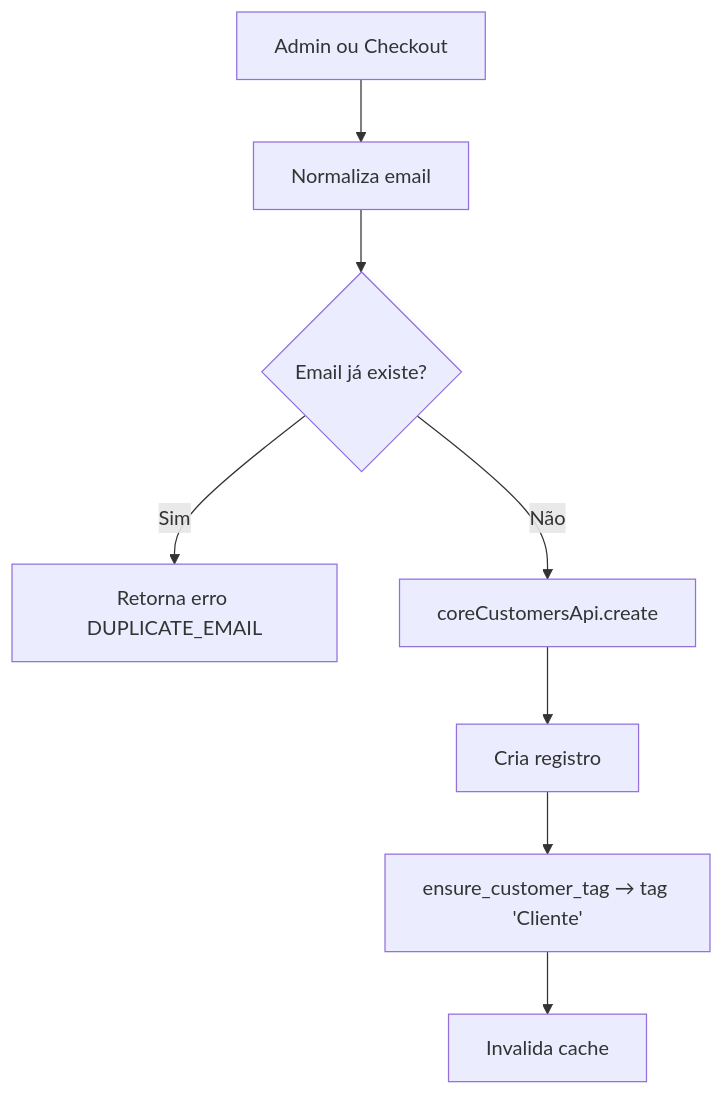
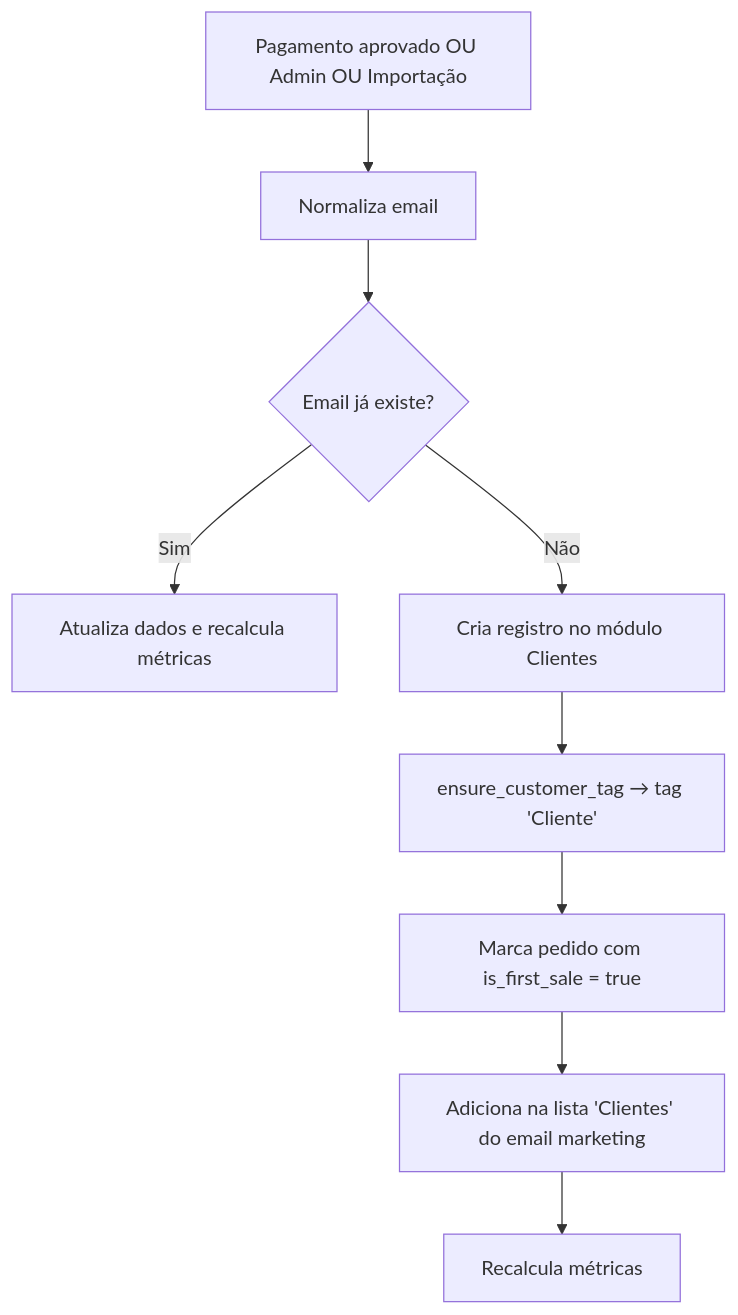
The diagram in docs/especificacoes/ecommerce/clientes.md (toniravaziojr-sudo/orbit-commerce-os), drawn with Mermaid before and after one commit. The commit also changed other lines of this file and 2 other files, not shown here.

Commit message:
Atualizou docs de flows

````diff
--- a/docs/especificacoes/ecommerce/clientes.md
+++ b/docs/especificacoes/ecommerce/clientes.md
@@ -199,10 +201,11 @@
 ```mermaid
 graph TD
-    A[Admin ou Checkout] --> B[Normaliza email]
+    A[Pagamento aprovado OU Admin OU Importação] --> B[Normaliza email]
     B --> C{Email já existe?}
-    C -->|Sim| D[Retorna erro DUPLICATE_EMAIL]
-    C -->|Não| E[coreCustomersApi.create]
-    E --> F[Cria registro]
-    F --> G[ensure_customer_tag → tag 'Cliente']
-    G --> H[Invalida cache]
+    C -->|Sim| D[Atualiza dados e recalcula métricas]
+    C -->|Não| E[Cria registro no módulo Clientes]
+    E --> F[ensure_customer_tag → tag 'Cliente']
+    F --> G[Marca pedido com is_first_sale = true]
+    G --> H[Adiciona na lista 'Clientes' do email marketing]
+    H --> I[Recalcula métricas]
 ```
````
